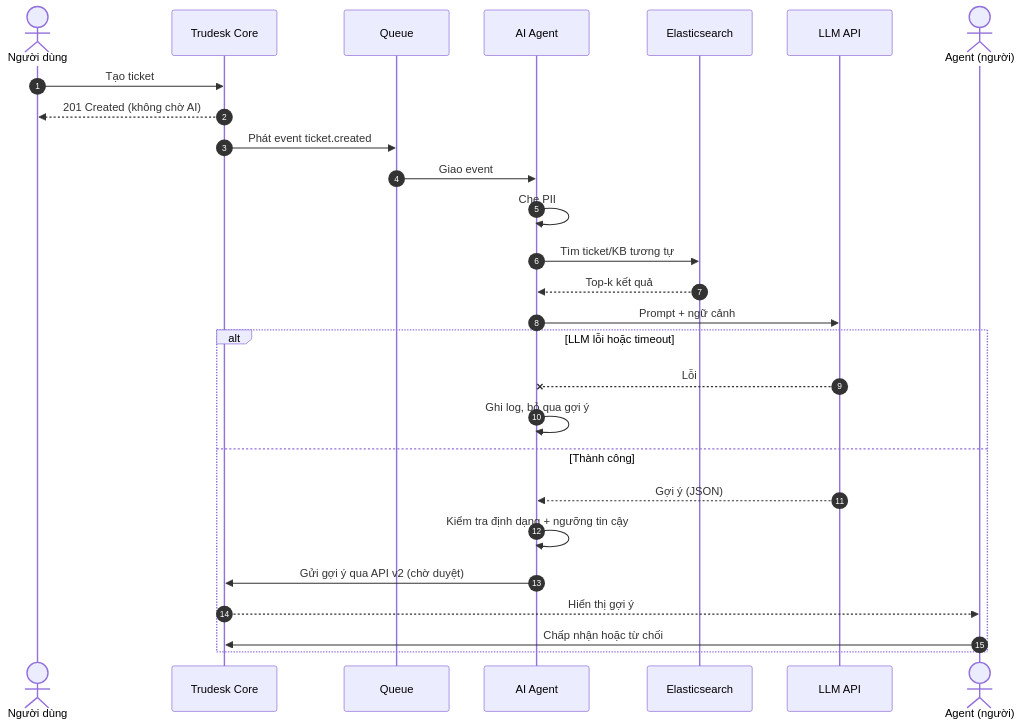
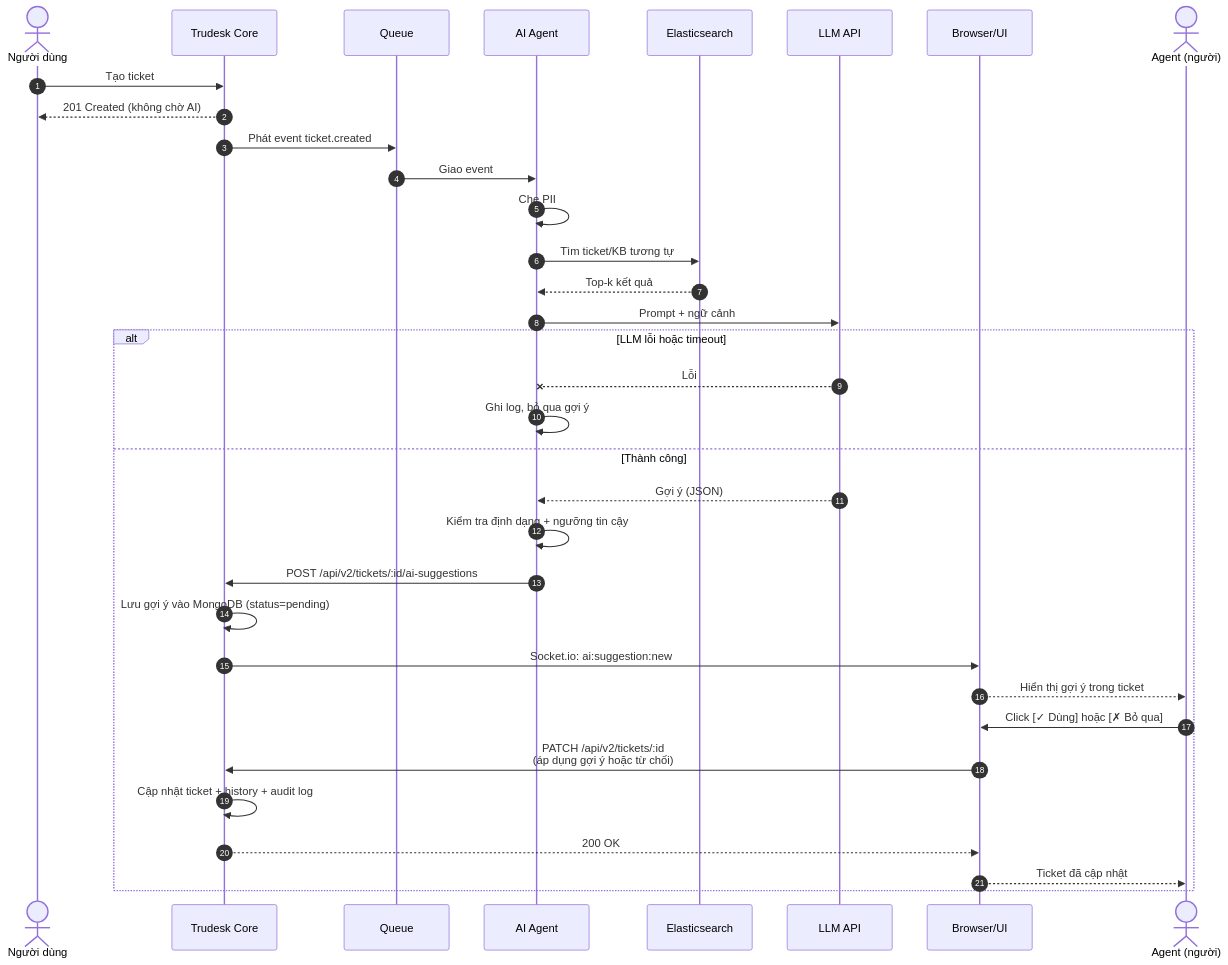
Before and after one commit to deckardLong/trudesk: the second of 5 diagrams in docs/ai-agent-diagrams.md, drawn with Mermaid. The commit also changed other lines of this file, not shown here.

Commit message:
Update AI Diagram

````diff
--- a/docs/ai-agent-diagrams.md
+++ b/docs/ai-agent-diagrams.md
@@ -30,30 +30,37 @@
 ```mermaid
 sequenceDiagram
     autonumber
     actor U as Người dùng
     participant C as Trudesk Core
     participant Q as Queue
     participant AI as AI Agent
     participant ES as Elasticsearch
     participant L as LLM API
-    actor A as Agent (người)
+    participant B as Browser/UI
+    actor AG as Agent (người)
 
     U->>C: Tạo ticket
     C-->>U: 201 Created (không chờ AI)
     C->>Q: Phát event ticket.created
     Q->>AI: Giao event
     AI->>AI: Che PII
     AI->>ES: Tìm ticket/KB tương tự
     ES-->>AI: Top-k kết quả
     AI->>L: Prompt + ngữ cảnh
     alt LLM lỗi hoặc timeout
         L--xAI: Lỗi
         AI->>AI: Ghi log, bỏ qua gợi ý
     else Thành công
         L-->>AI: Gợi ý (JSON)
         AI->>AI: Kiểm tra định dạng + ngưỡng tin cậy
-        AI->>C: Gửi gợi ý qua API v2 (chờ duyệt)
-        C-->>A: Hiển thị gợi ý
-        A->>C: Chấp nhận hoặc từ chối
+        AI->>C: POST /api/v2/tickets/:id/ai-suggestions
+        C->>C: Lưu gợi ý vào MongoDB (status=pending)
+        C->>B: Socket.io: ai:suggestion:new
+        B-->>AG: Hiển thị gợi ý trong ticket
+        AG->>B: Click [✓ Dùng] hoặc [✗ Bỏ qua]
+        B->>C: PATCH /api/v2/tickets/:id<br/>(áp dụng gợi ý hoặc từ chối)
+        C->>C: Cập nhật ticket + history + audit log
+        C-->>B: 200 OK
+        B-->>AG: Ticket đã cập nhật
     end
 ```
````
